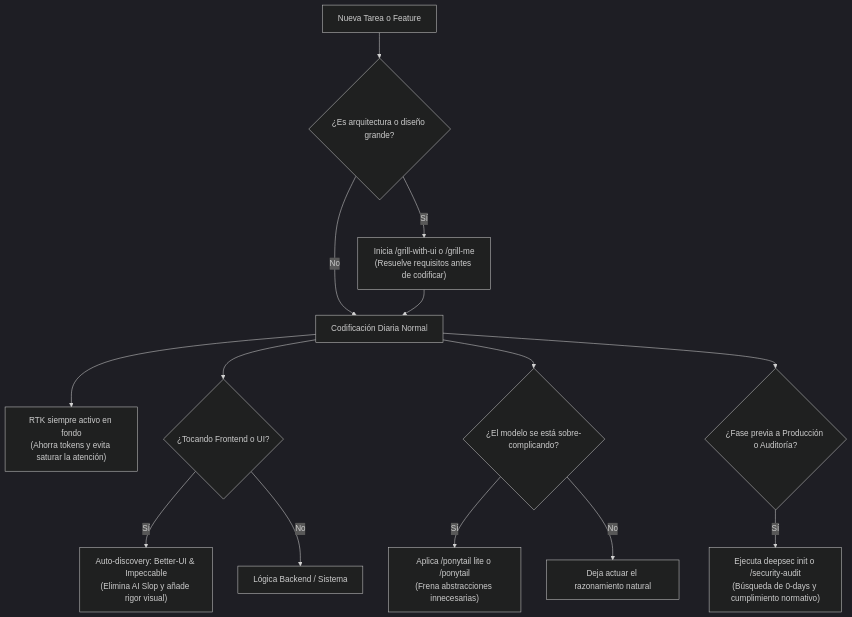
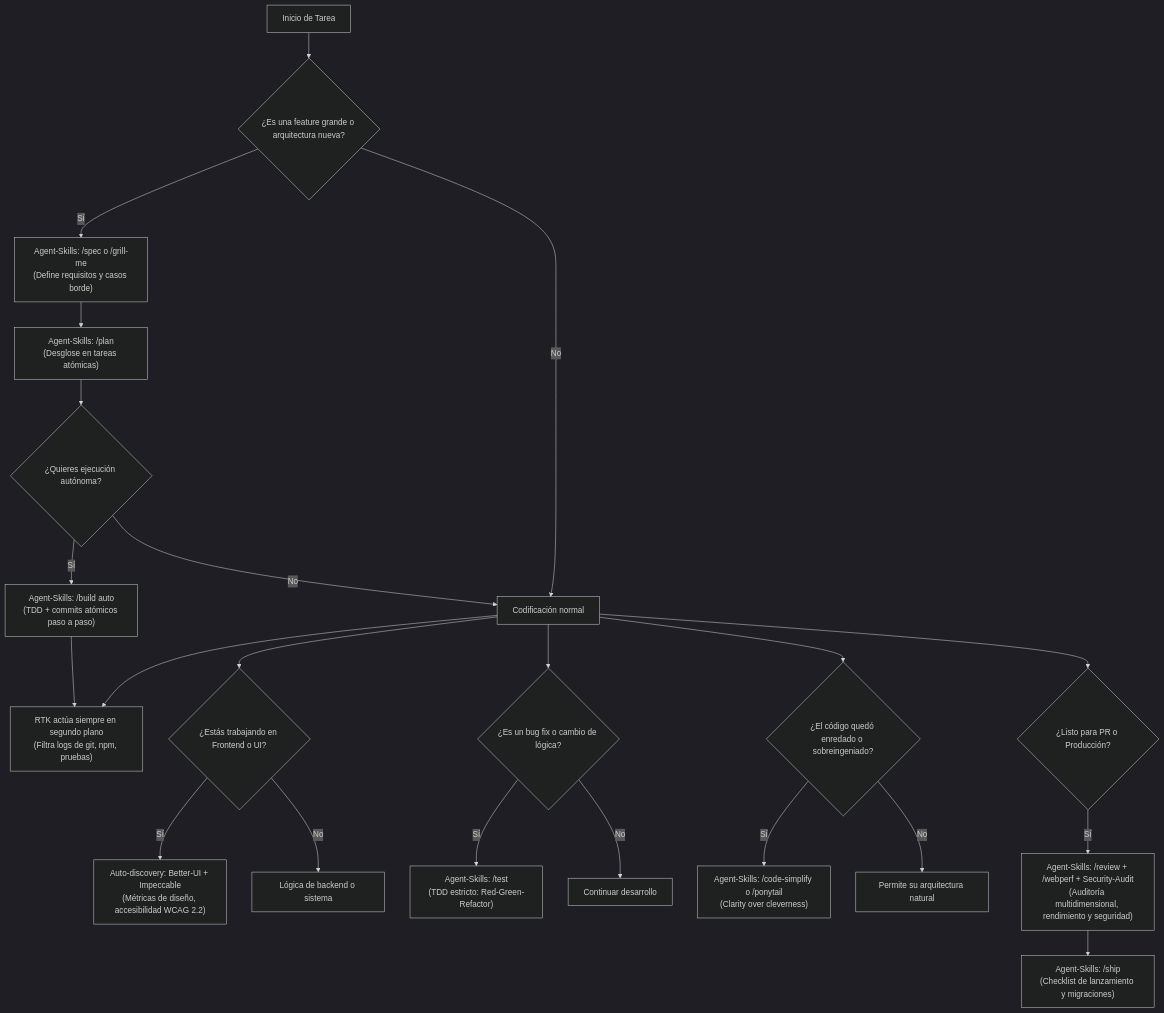
The diagram in GUIA_SKILLS.md (Druizinho/gastosapp), drawn with Mermaid (dark theme) before and after one commit. The commit also changed other lines of this file and 19 other files, not shown here.

````diff
--- a/GUIA_SKILLS.md
+++ b/GUIA_SKILLS.md
@@ -177,21 +507,31 @@
 ```mermaid
 flowchart TD
-    A["Nueva Tarea o Feature"] --> B{"¿Es arquitectura o diseño grande?"}
-    B -- Sí --> C["Inicia /grill-with-ui o /grill-me<br/>(Resuelve requisitos antes de codificar)"]
-    B -- No --> D["Codificación Diaria Normal"]
+    Inicio["Inicio de Tarea"] --> Decision1{"¿Es una feature grande o arquitectura nueva?"}
     
-    C --> D
+    Decision1 -- Sí --> Spec["Agent-Skills: /spec o /grill-me<br/>(Define requisitos y casos borde)"]
+    Decision1 -- No --> Trabajo["Codificación normal"]
     
-    D --> E["RTK siempre activo en fondo<br/>(Ahorra tokens y evita saturar la atención)"]
+    Spec --> Plan["Agent-Skills: /plan<br/>(Desglose en tareas atómicas)"]
+    Plan --> BuildAuto{"¿Quieres ejecución autónoma?"}
+    BuildAuto -- Sí --> ExecAuto["Agent-Skills: /build auto<br/>(TDD + commits atómicos paso a paso)"]
+    BuildAuto -- No --> Trabajo
     
-    D --> F{"¿Tocando Frontend o UI?"}
-    F -- Sí --> G["Auto-discovery: Better-UI & Impeccable<br/>(Elimina AI Slop y añade rigor visual)"]
-    F -- No --> H["Lógica Backend / Sistema"]
+    Trabajo --> RTK["RTK actúa siempre en segundo plano<br/>(Filtra logs de git, npm, pruebas)"]
+    ExecAuto --> RTK
     
-    D --> I{"¿El modelo se está sobre-complicando?"}
-    I -- Sí --> J["Aplica /ponytail lite o /ponytail<br/>(Frena abstracciones innecesarias)"]
-    I -- No --> K["Deja actuar el razonamiento natural"]
+    Trabajo --> UI{"¿Estás trabajando en Frontend o UI?"}
+    UI -- Sí --> Diseno["Auto-discovery: Better-UI + Impeccable<br/>(Métricas de diseño, accesibilidad WCAG 2.2)"]
+    UI -- No --> Logica["Lógica de backend o sistema"]
     
-    D --> L{"¿Fase previa a Producción o Auditoría?"}
-    L -- Sí --> M["Ejecuta deepsec init o /security-audit<br/>(Búsqueda de 0-days y cumplimiento normativo)"]
+    Trabajo --> Bug{"¿Es un bug fix o cambio de lógica?"}
+    Bug -- Sí --> TDD["Agent-Skills: /test<br/>(TDD estricto: Red-Green-Refactor)"]
+    Bug -- No --> Continuar["Continuar desarrollo"]
+    
+    Trabajo --> Complejidad{"¿El código quedó enredado o sobreingeniado?"}
+    Complejidad -- Sí --> Simplify["Agent-Skills: /code-simplify o /ponytail<br/>(Clarity over cleverness)"]
+    Complejidad -- No --> Razonamiento["Permite su arquitectura natural"]
+    
+    Trabajo --> PreMerge{"¿Listo para PR o Producción?"}
+    PreMerge -- Sí --> Review["Agent-Skills: /review + /webperf + Security-Audit<br/>(Auditoría multidimensional, rendimiento y seguridad)"]
+    Review --> Ship["Agent-Skills: /ship<br/>(Checklist de lanzamiento y migraciones)"]
 ```
````
